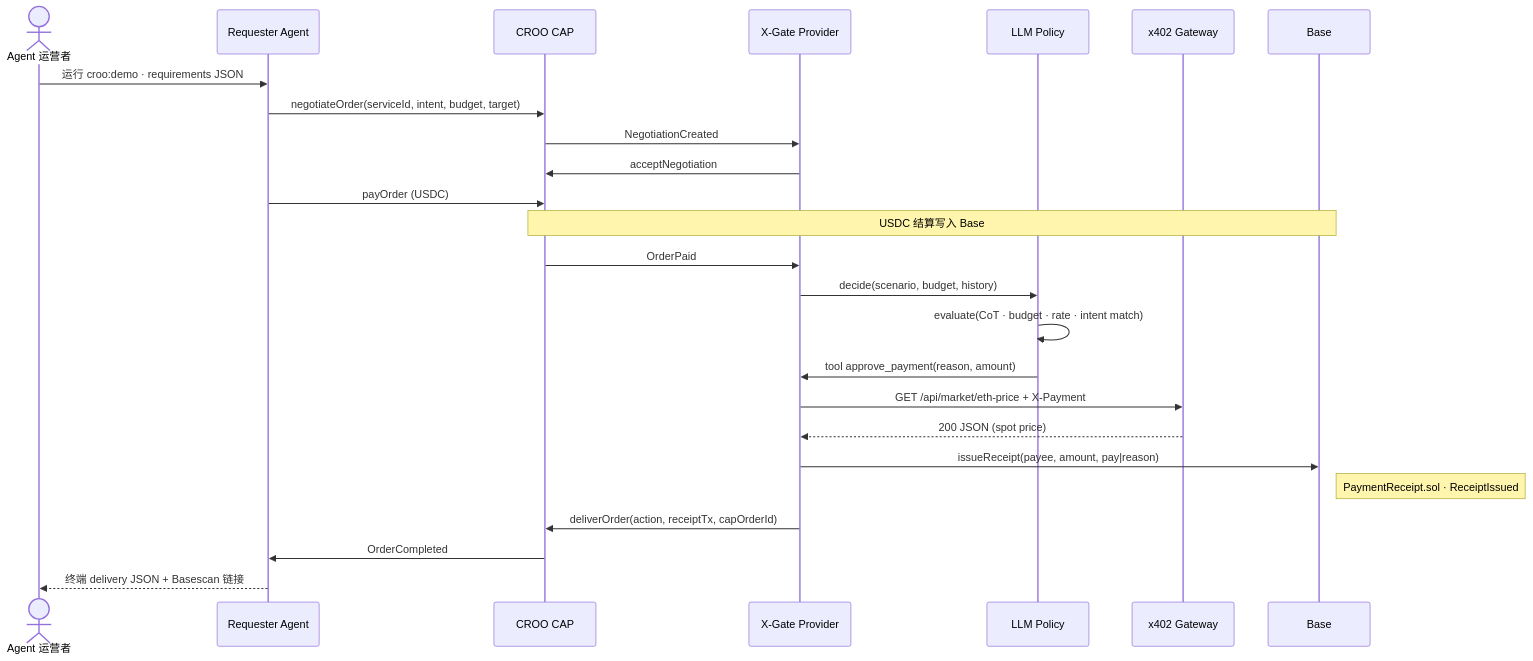
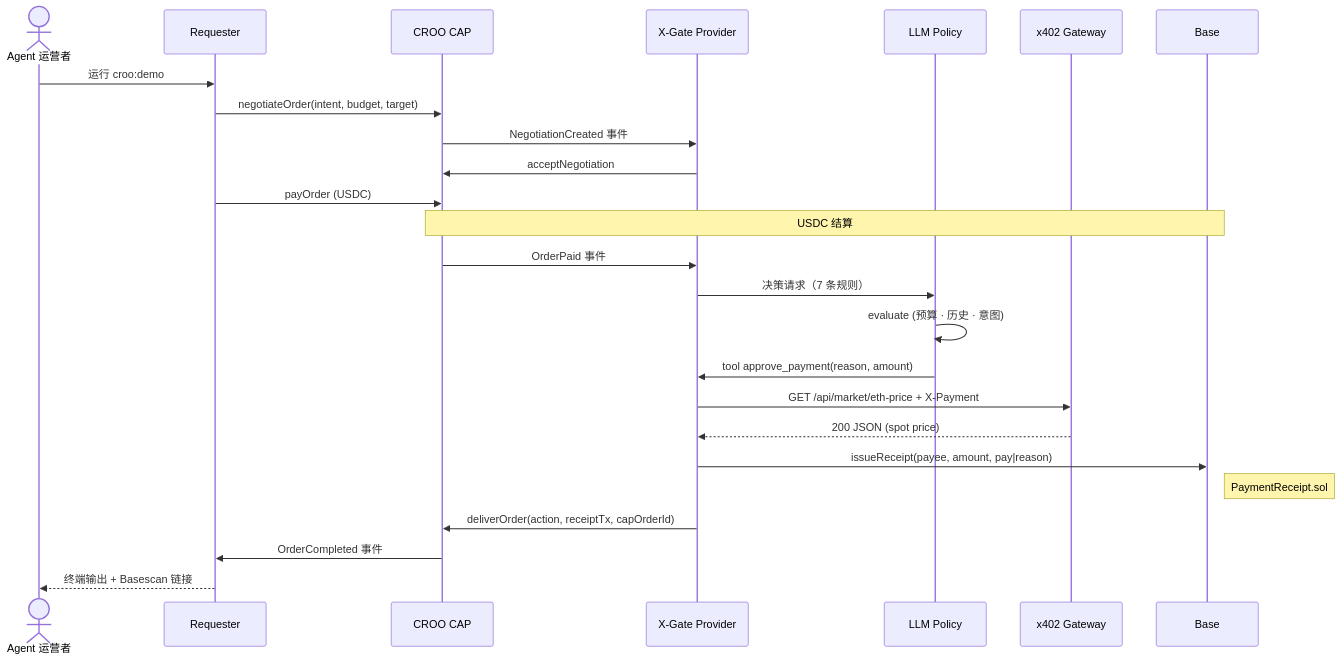
The third of 3 diagrams in README.md (rgtang/x-gate), drawn with Mermaid before and after one commit. The commit also changed other lines of this file and 1 other file, not shown here.

````diff
--- a/README.md
+++ b/README.md
@@ -143,28 +163,28 @@
 ```mermaid
 sequenceDiagram
   actor Op as Agent 运营者
-  participant Req as Requester Agent
+  participant Req as Requester
   participant CAP as CROO CAP
   participant Prov as X-Gate Provider
   participant LLM as LLM Policy
   participant GW as x402 Gateway
   participant Chain as Base
 
-  Op->>Req: 运行 croo:demo · requirements JSON
-  Req->>CAP: negotiateOrder(serviceId, intent, budget, target)
-  CAP->>Prov: NegotiationCreated
+  Op->>Req: 运行 croo:demo
+  Req->>CAP: negotiateOrder(intent, budget, target)
+  CAP->>Prov: NegotiationCreated 事件
   Prov->>CAP: acceptNegotiation
   Req->>CAP: payOrder (USDC)
-  Note over CAP,Chain: USDC 结算写入 Base
-  CAP->>Prov: OrderPaid
-  Prov->>LLM: decide(scenario, budget, history)
-  LLM->>LLM: evaluate(CoT · budget · rate · intent match)
+  Note over CAP,Chain: USDC 结算
+  CAP->>Prov: OrderPaid 事件
+  Prov->>LLM: 决策请求（7 条规则）
+  LLM->>LLM: evaluate (预算 · 历史 · 意图)
   LLM->>Prov: tool approve_payment(reason, amount)
   Prov->>GW: GET /api/market/eth-price + X-Payment
   GW-->>Prov: 200 JSON (spot price)
   Prov->>Chain: issueReceipt(payee, amount, pay|reason)
-  Note right of Chain: PaymentReceipt.sol · ReceiptIssued
+  Note right of Chain: PaymentReceipt.sol
   Prov->>CAP: deliverOrder(action, receiptTx, capOrderId)
-  CAP->>Req: OrderCompleted
-  Req-->>Op: 终端 delivery JSON + Basescan 链接
+  CAP->>Req: OrderCompleted 事件
+  Req-->>Op: 终端输出 + Basescan 链接
 ```
````
